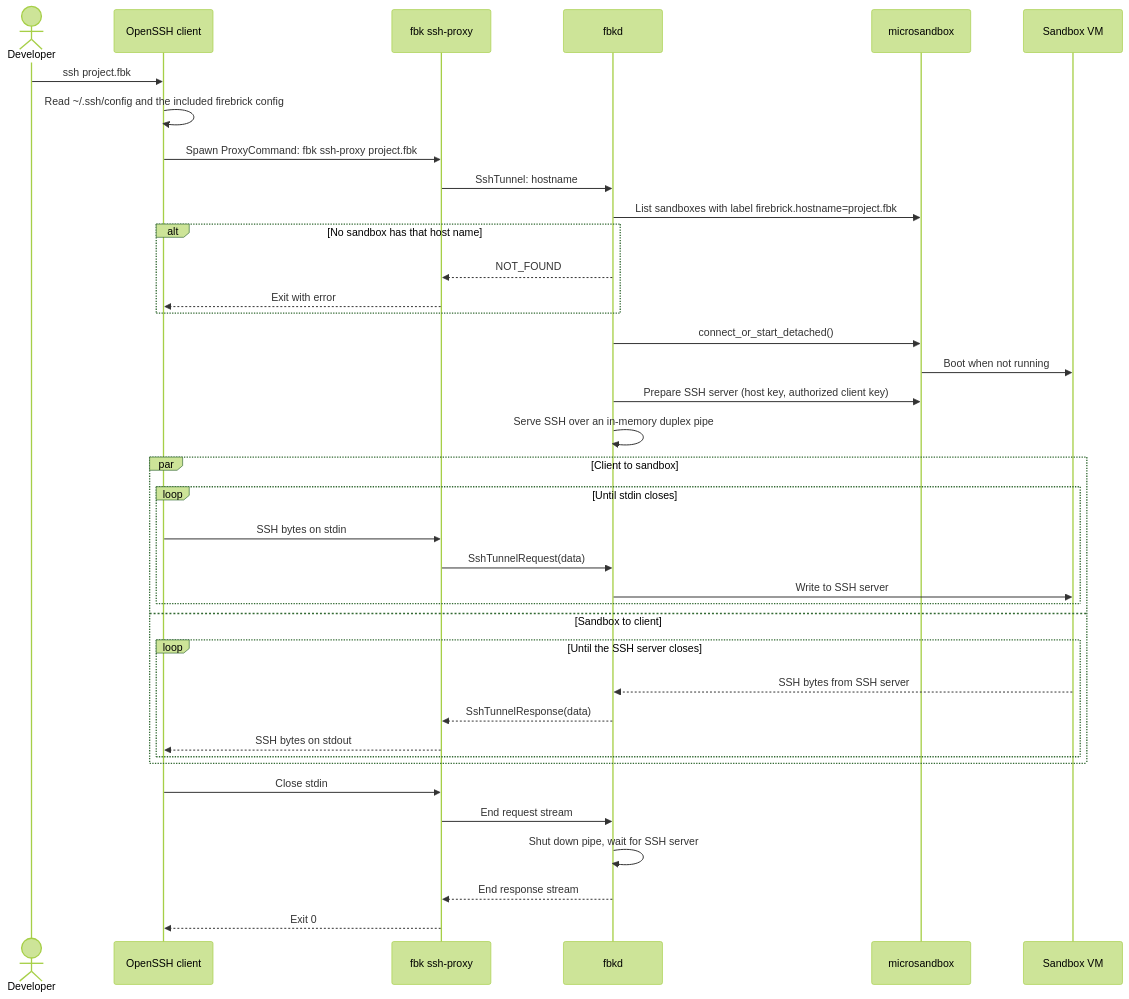
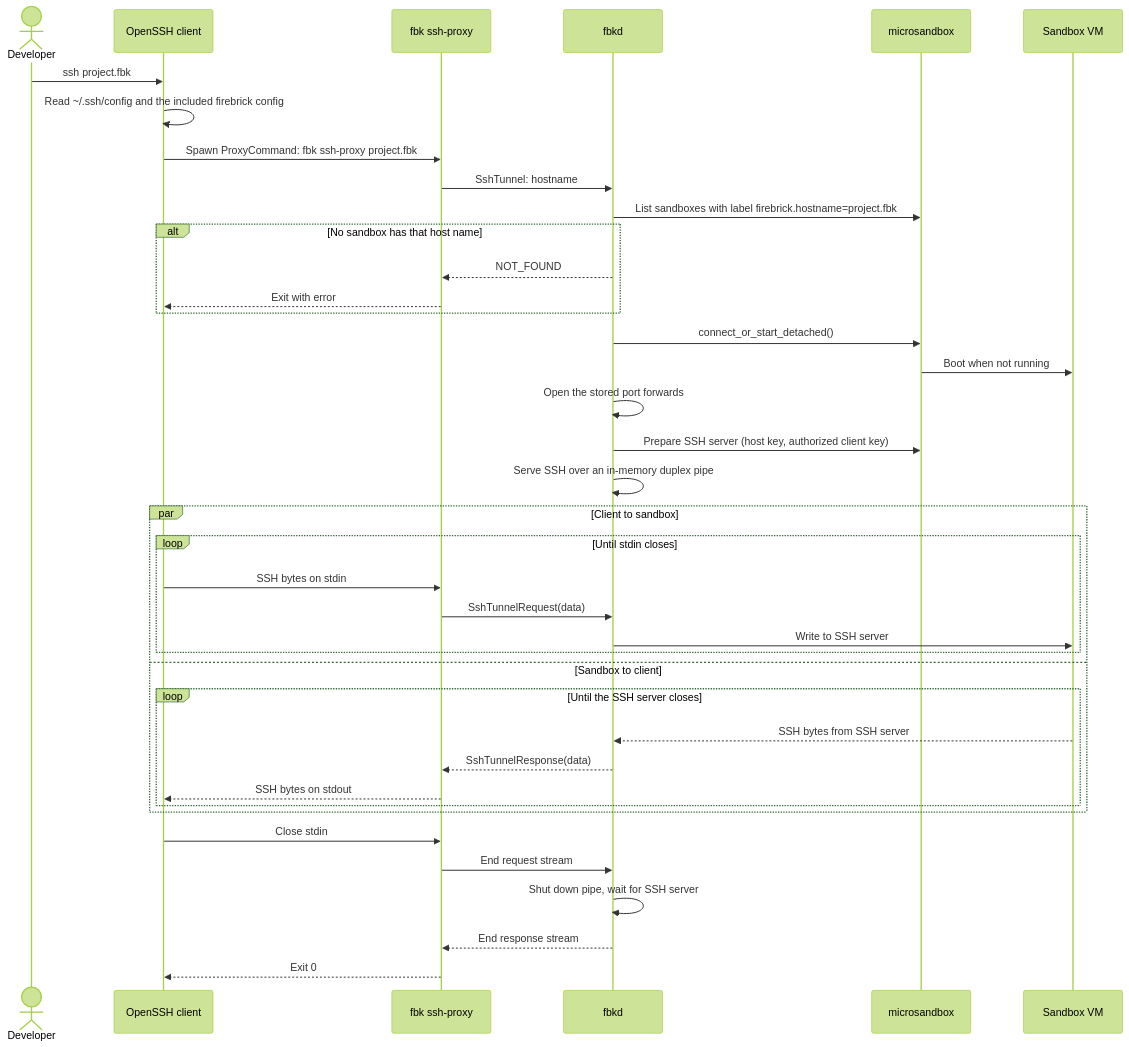
One commit to wmeints/anvil changed the sixth of 6 diagrams in docs/architecture/06-runtime-view.md. Above: the diagram before and after it, drawn with Mermaid (forest theme). The commit also changed other lines of this file and 14 other files, not shown here.

````diff
--- a/docs/architecture/06-runtime-view.md
+++ b/docs/architecture/06-runtime-view.md
@@ -433,43 +488,44 @@
 ```mermaid
 sequenceDiagram
     actor Dev as Developer
     participant SSHC as OpenSSH client
     participant CLI as fbk ssh-proxy
     participant D as fbkd
     participant MS as microsandbox
     participant VM as Sandbox VM
 
     Dev->>SSHC: ssh project.fbk
     SSHC->>SSHC: Read ~/.ssh/config and the included firebrick config
     SSHC->>CLI: Spawn ProxyCommand: fbk ssh-proxy project.fbk
     CLI->>D: SshTunnel: hostname
     D->>MS: List sandboxes with label firebrick.hostname=project.fbk
     alt No sandbox has that host name
         D-->>CLI: NOT_FOUND
         CLI-->>SSHC: Exit with error
     end
     D->>MS: connect_or_start_detached()
     MS->>VM: Boot when not running
+    D->>D: Open the stored port forwards
     D->>MS: Prepare SSH server (host key, authorized client key)
     D->>D: Serve SSH over an in-memory duplex pipe
 
     par Client to sandbox
         loop Until stdin closes
             SSHC->>CLI: SSH bytes on stdin
             CLI->>D: SshTunnelRequest(data)
             D->>VM: Write to SSH server
         end
     and Sandbox to client
         loop Until the SSH server closes
             VM-->>D: SSH bytes from SSH server
             D-->>CLI: SshTunnelResponse(data)
             CLI-->>SSHC: SSH bytes on stdout
         end
     end
 
     SSHC->>CLI: Close stdin
     CLI->>D: End request stream
     D->>D: Shut down pipe, wait for SSH server
     D-->>CLI: End response stream
     CLI-->>SSHC: Exit 0
 ```
````
